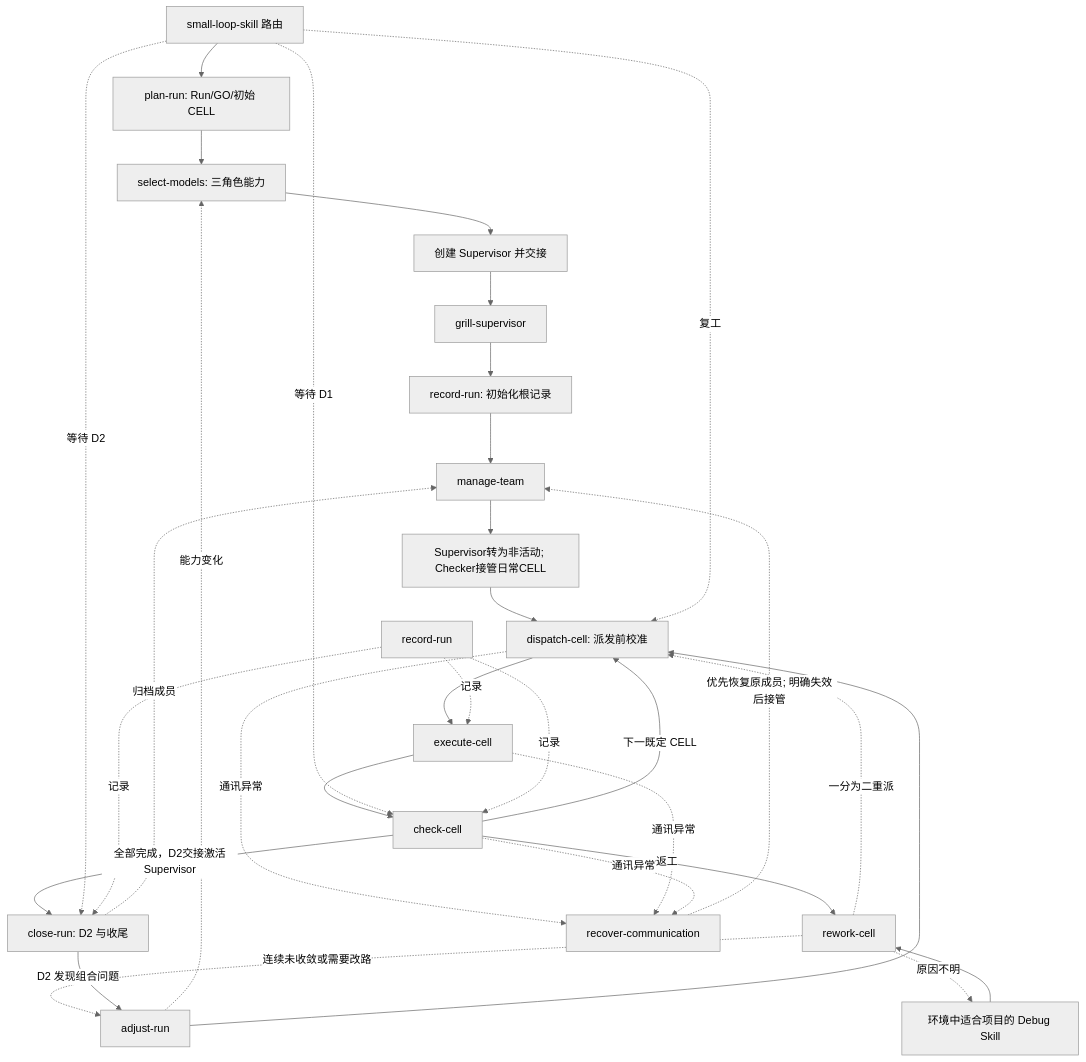
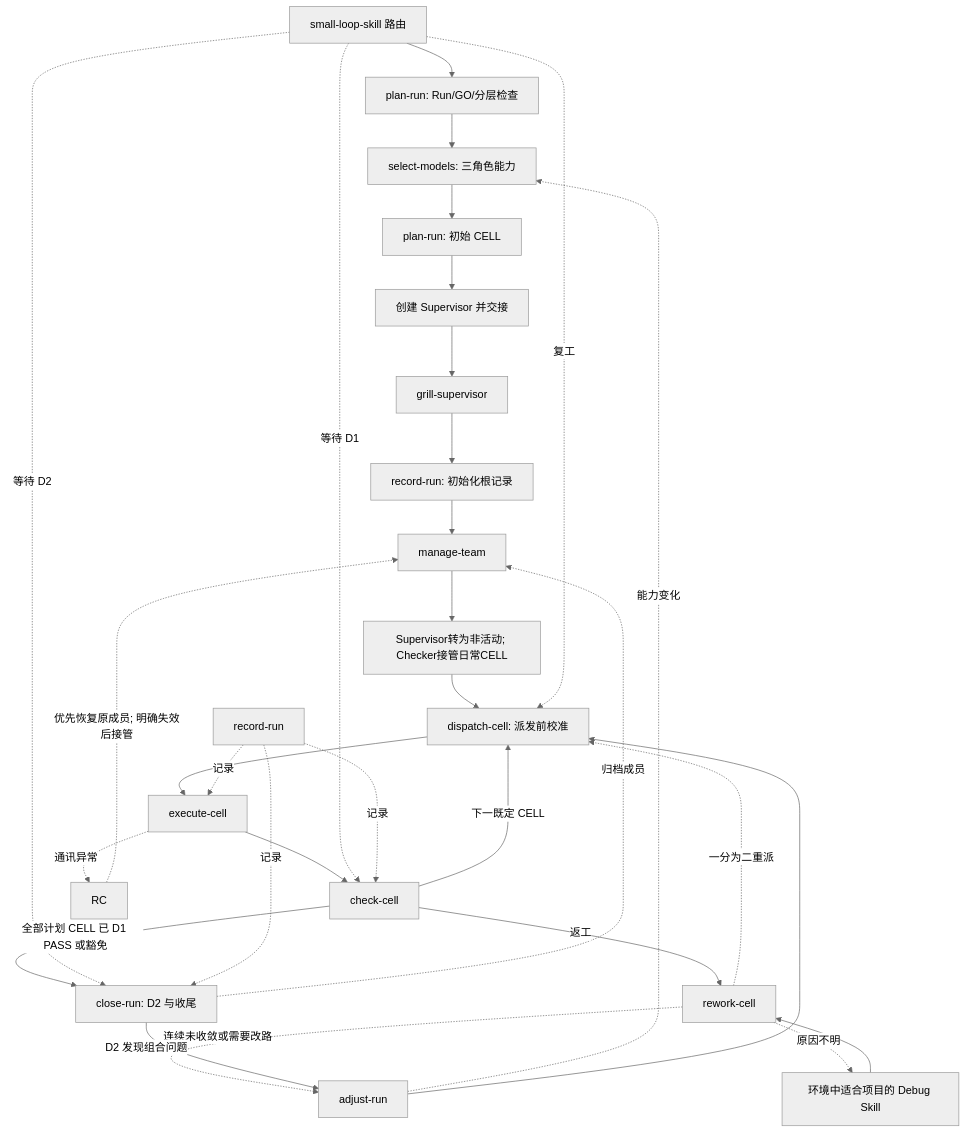
The diagram in docs/superpowers/specs/2026-08-22-slk-lightweight-skill-collection-design.md (DWG7318/small-loop-skill), drawn with Mermaid (neutral theme) before and after one commit. The commit also changed other lines of this file and 19 other files, not shown here.

Commit message:
refactor: align SLK skill collection flow

````diff
--- a/docs/superpowers/specs/2026-08-22-slk-lightweight-skill-collection-design.md
+++ b/docs/superpowers/specs/2026-08-22-slk-lightweight-skill-collection-design.md
@@ -132,33 +132,31 @@
 ```mermaid
 flowchart TB
     M[small-loop-skill 路由]
-    P[plan-run: Run/GO/初始 CELL] --> MS[select-models: 三角色能力] --> S[创建 Supervisor 并交接] --> G[grill-supervisor]
+    P[plan-run: Run/GO/分层检查] --> MS[select-models: 三角色能力] --> C[plan-run: 初始 CELL] --> S[创建 Supervisor 并交接] --> G[grill-supervisor]
     G --> I[record-run: 初始化根记录] --> B[manage-team]
     B --> H[Supervisor转为非活动; Checker接管日常CELL] --> D[dispatch-cell: 派发前校准] --> E[execute-cell] --> K[check-cell]
     K -->|下一既定 CELL| D
-    K -->|全部完成，D2交接激活Supervisor| X[close-run: D2 与收尾]
+    K -->|全部计划 CELL 已 D1 PASS 或豁免| X[close-run: D2 与收尾]
 
     M --> P
     M -.复工.-> D
     M -.等待 D1.-> K
     M -.等待 D2.-> X
 
     RR[record-run] -.记录.-> E
     RR -.记录.-> K
     RR -.记录.-> X
 
     K -->|返工| RW[rework-cell]
     RW -.原因不明.-> DBG[环境中适合项目的 Debug Skill]
     RW -.一分为二重派.-> D
     RW -.连续未收敛或需要改路.-> RP[adjust-run]
     DBG --> RW
     RP -.能力变化.-> MS
     RP --> D
 
-    D -.通讯异常.-> RC[recover-communication]
     E -.通讯异常.-> RC
-    K -.通讯异常.-> RC
     RC -.优先恢复原成员; 明确失效后接管.-> B
     X -->|D2 发现组合问题| RP
     X -.归档成员.-> B
 ```
````
